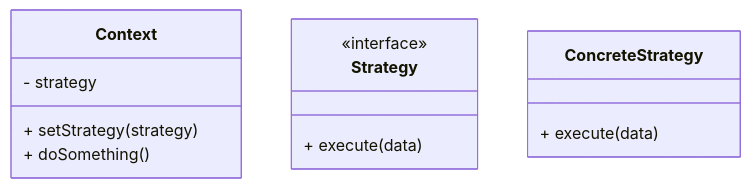
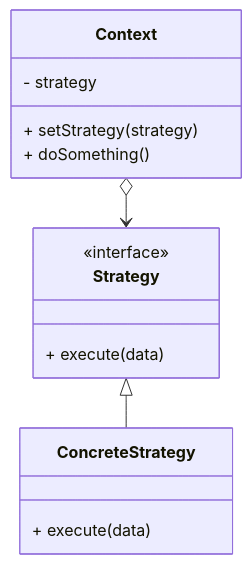
One commit to bjenning04/foam changed the diagram in design-patterns.md. Above: the diagram before and after it, drawn with Mermaid.

Commit message:
Dec 20, 2025, 7:36 PM

````diff
--- a/design-patterns.md
+++ b/design-patterns.md
@@ -2,22 +2,24 @@
 ```mermaid
 %%{
   init: {
     "class": {
       "hideEmptyMembersBox": true
     }
   }
 }%%
 classDiagram
+    Context o--> Strategy
+    Strategy <|-- ConcreteStrategy
     class Context {
         - strategy
         + setStrategy(strategy)
         + doSomething()
     }
     class Strategy {
         <<interface>>
         + execute(data)
     }
     class ConcreteStrategy {
         + execute(data)
     }
 ```
````
